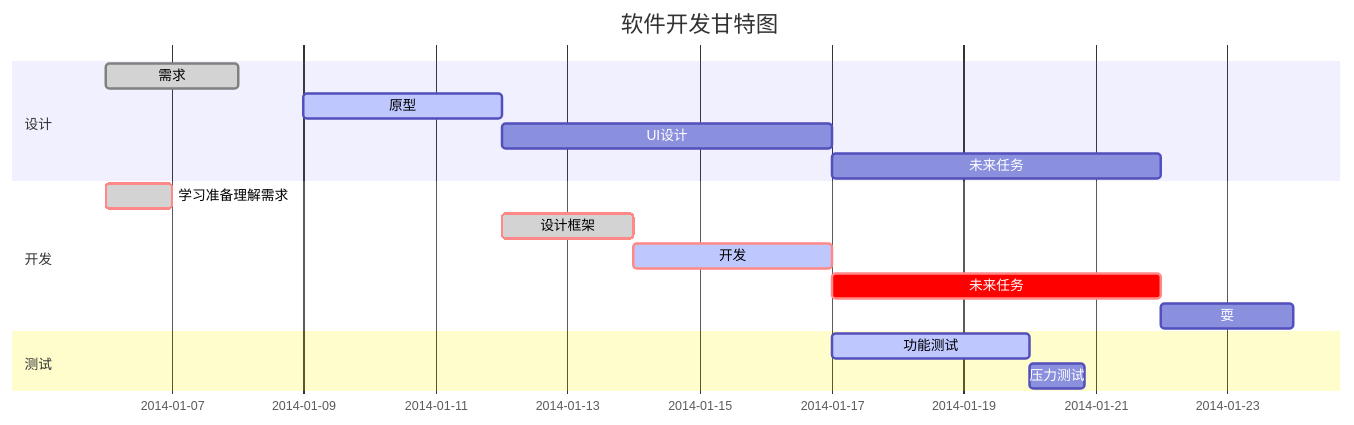
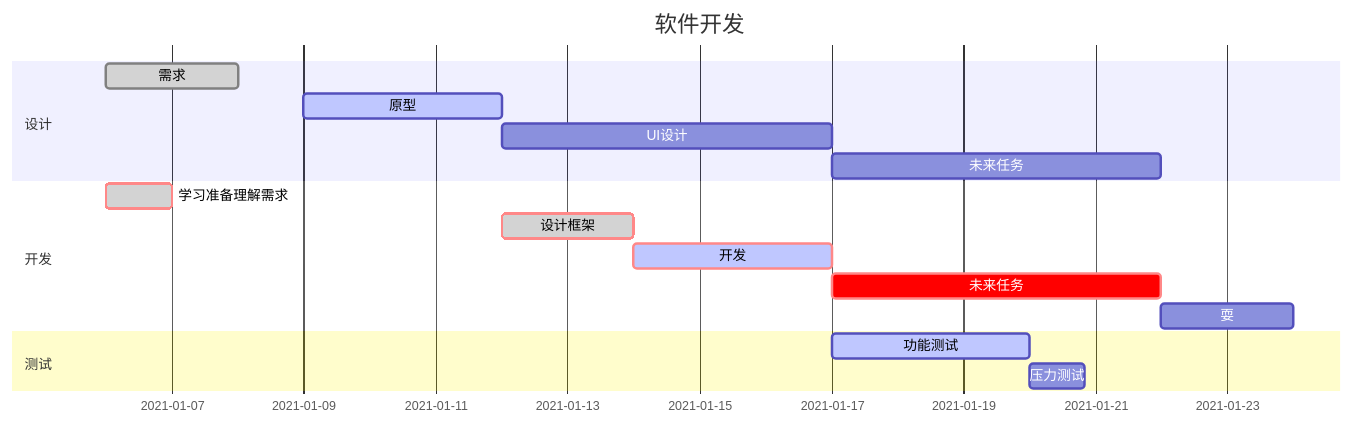
The diagram in README.md (SSTinYukk/CPP-Learning), drawn with Mermaid before and after one commit.

````diff
--- a/README.md
+++ b/README.md
@@ -1,22 +1,22 @@
 ```mermaid
 
-%% 语法示例
+%% 开发流程
         gantt
         dateFormat  YYYY-MM-DD
-        title 软件开发甘特图
+        title 软件开发
         section 设计
-        需求                      :done,    des1, 2014-01-06,2014-01-08
-        原型                      :active,  des2, 2014-01-09, 3d
+        需求                      :done,    des1, 2021-01-06,2021-01-08
+        原型                      :active,  des2, 2021-01-09, 3d
         UI设计                     :         des3, after des2, 5d
     未来任务                     :         des4, after des3, 5d
         section 开发
-        学习准备理解需求                      :crit, done, 2014-01-06,24h
+        学习准备理解需求                      :crit, done, 2021-01-06,24h
         设计框架                             :crit, done, after des2, 2d
         开发                                 :crit, active, 3d
         未来任务                              :crit, 5d
         耍                                   :2d
         section 测试
         功能测试                              :active, a1, after des3, 3d
         压力测试                               :after a1  , 20h
 
 ```
````
